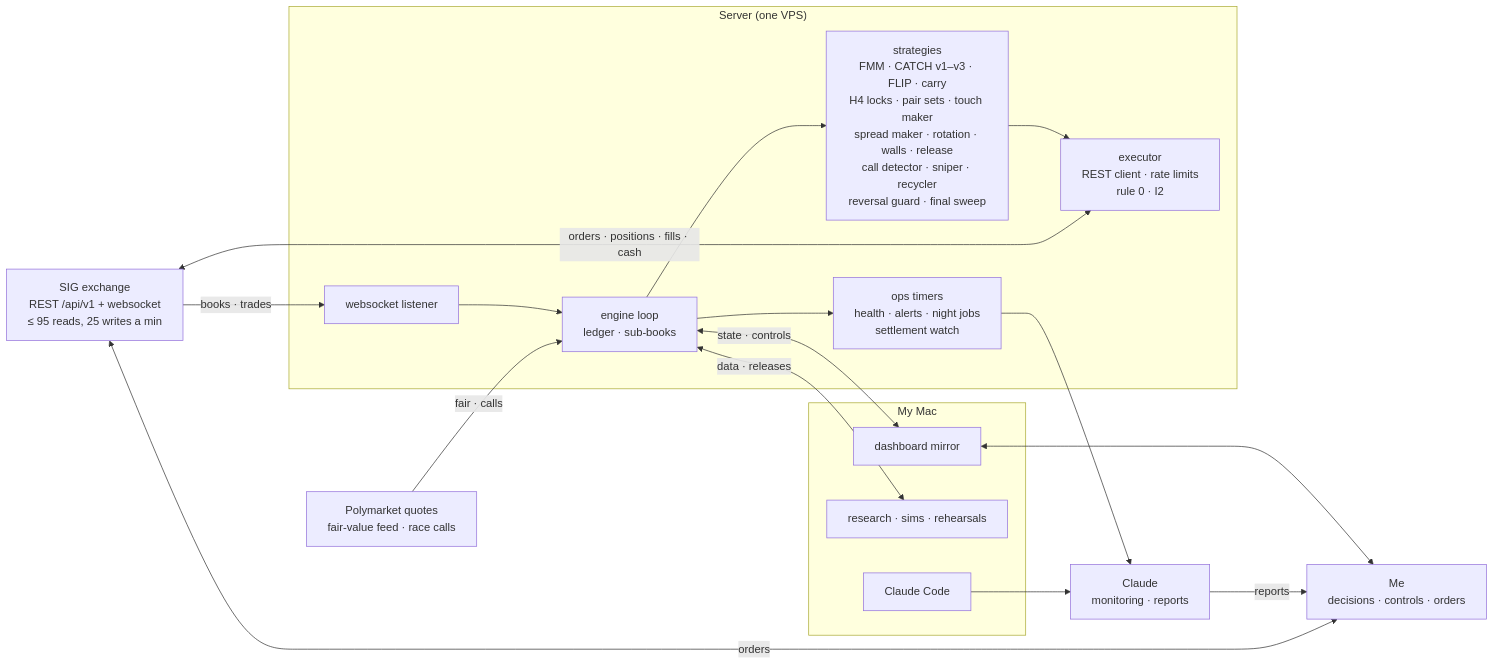
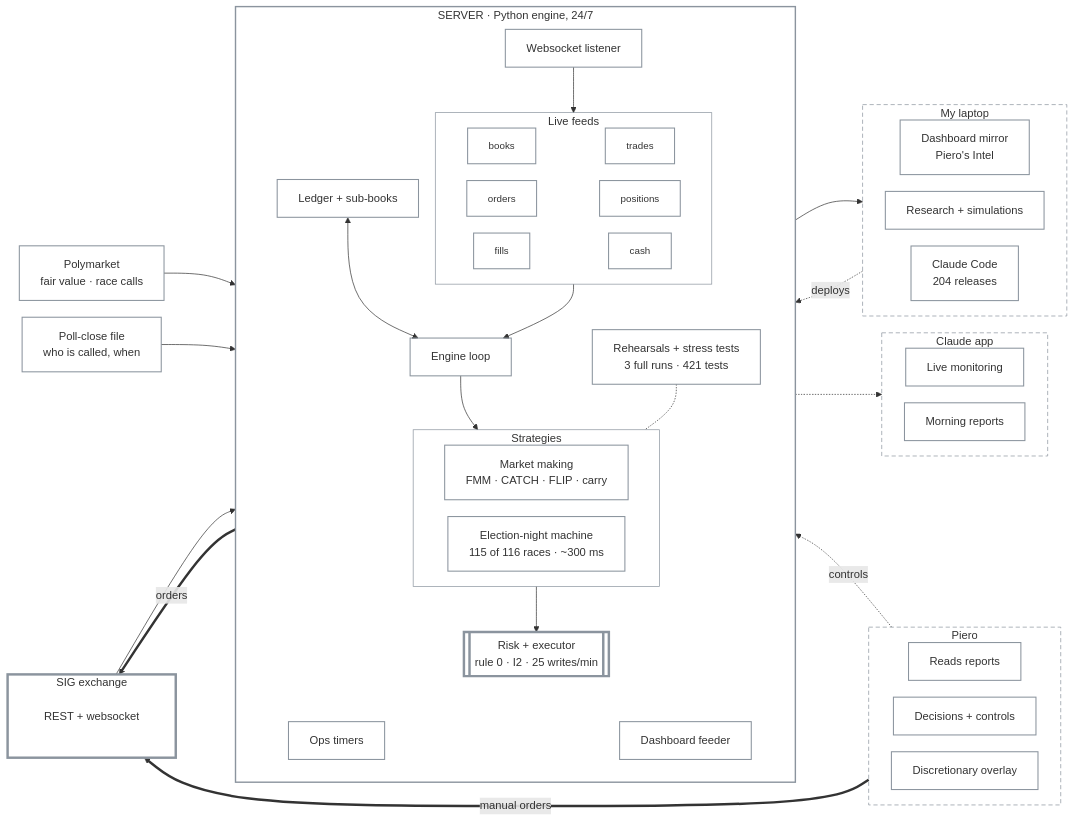
One commit to pieropls/PredictionsCup26 changed the diagram in README.md. Above: the diagram before and after it, drawn with Mermaid. The commit also changed other lines of this file, not shown here.

Commit message:
README: system diagram v2
The system diagram, redrawn: data on the left, one server in the centre (feeds, engine loop, ledger, strategies, risk and executor, ops), the three oversight groups stacked on the right; strokes only for light and dark themes. A one-line summary under it and five collapsible tables explaining every box.

````diff
--- a/README.md
+++ b/README.md
@@ -43,31 +45,79 @@
 ```mermaid
+%%{init: {"look": "classic", "flowchart": {"curve": "basis", "nodeSpacing": 24, "rankSpacing": 40, "wrappingWidth": 320}, "themeVariables": {"fontSize": "16px"}}}%%
 flowchart LR
-    SIG["SIG exchange<br/>REST /api/v1 + websocket<br/>≤ 95 reads, 25 writes a min"]
-    PM["Polymarket quotes<br/>fair-value feed · race calls"]
-    subgraph SRV["Server (one VPS)"]
-        LIS["websocket listener"]
-        ENG["engine loop<br/>ledger · sub-books"]
-        STR["strategies<br/>FMM · CATCH v1–v3 · FLIP · carry<br/>H4 locks · pair sets · touch maker<br/>spread maker · rotation · walls · release<br/>call detector · sniper · recycler<br/>reversal guard · final sweep"]
-        EXE["executor<br/>REST client · rate limits<br/>rule 0 · I2"]
-        OPS["ops timers<br/>health · alerts · night jobs<br/>settlement watch"]
+  PM["Polymarket<br/>fair value · race calls"]
+  POLL["Poll-close file<br/>who is called, when"]
+  subgraph SERVER["SERVER · Python engine, 24/7"]
+    direction TB
+    WS["Websocket listener"]
+    subgraph FEEDS["Live feeds"]
+      direction LR
+      F1[books] ~~~ F2[trades]
+      F3[orders] ~~~ F4[positions]
+      F5[fills] ~~~ F6[cash]
     end
-    subgraph MAC["My Mac"]
-        MIR["dashboard mirror"]
-        RES["research · sims · rehearsals"]
-        CC["Claude Code"]
+    LEDGER["Ledger + sub-books"]
+    LOOP["Engine loop"]
+    REH["Rehearsals + stress tests<br/>3 full runs · 421 tests"]
+    subgraph STRAT["Strategies"]
+      direction LR
+      MM["Market making<br/>FMM · CATCH · FLIP · carry"]
+      NIGHT["Election-night machine<br/>115 of 116 races · ~300 ms"]
     end
-    CL["Claude<br/>monitoring · reports"]
-    ME["Me<br/>decisions · controls · orders"]
-    SIG -->|"books · trades"| LIS --> ENG
-    PM -->|"fair · calls"| ENG
-    ENG --> STR --> EXE
-    SIG <-->|"orders · positions · fills · cash"| EXE
-    ENG --> OPS
-    ENG <-->|"state · controls"| MIR
-    ENG <-->|"data · releases"| RES
-    OPS --> CL
-    CC --> CL
-    MIR <--> ME
-    CL -->|reports| ME
-    SIG <-->|orders| ME
+    EXEC[["Risk + executor<br/>rule 0 · I2 · 25 writes/min"]]
+    OPS["Ops timers"]
+    DASHF["Dashboard feeder"]
+    WS --> FEEDS --> LOOP
+    LEDGER <--> LOOP
+    LOOP --> STRAT
+    REH -.- STRAT
+    STRAT --> EXEC
+    EXEC ~~~ OPS
+    EXEC ~~~ DASHF
+  end
+  subgraph LAPTOP["My laptop"]
+    direction LR
+    MIRROR["Dashboard mirror<br/>Piero's Intel"]
+    RES["Research + simulations"]
+    CC["Claude Code<br/>204 releases"]
+  end
+  subgraph CLAUDE["Claude app"]
+    direction LR
+    MON["Live monitoring"]
+    MORN["Morning reports"]
+  end
+  subgraph PIERO["Piero"]
+    direction LR
+    READ["Reads reports"]
+    DEC["Decisions + controls"]
+    OVER["Discretionary overlay"]
+  end
+  PM --> SERVER
+  POLL --> SERVER
+  SERVER ==>|orders| SIGG
+  SIGG --> SERVER
+  SERVER --> LAPTOP
+  LAPTOP -.->|deploys| SERVER
+  SERVER -.-> CLAUDE
+  SERVER ~~~ PIERO
+  PIERO -.->|controls| SERVER
+  PIERO ==>|manual orders| SIGG
+  %% declared last: the layout's cycle-breaking starts here, which keeps SIG on the left
+  subgraph SIGG["SIG exchange"]
+    SIGT["REST + websocket"]
+  end
+  classDef default fill:none,stroke:#8b949e,stroke-width:1.5px
+  classDef key fill:none,stroke-width:3.5px
+  classDef feed font-size:14px
+  classDef bare fill:none,stroke:none
+  class EXEC key
+  class F1,F2,F3,F4,F5,F6 feed
+  class SIGT bare
+  style SIGG fill:none,stroke:#8b949e,stroke-width:3.5px
+  style SERVER fill:none,stroke:#8b949e,stroke-width:2px
+  style FEEDS fill:none,stroke:#8b949e
+  style STRAT fill:none,stroke:#8b949e
+  style LAPTOP fill:none,stroke:#8b949e,stroke-dasharray:6 4
+  style CLAUDE fill:none,stroke:#8b949e,stroke-dasharray:6 4
+  style PIERO fill:none,stroke:#8b949e,stroke-dasharray:6 4
 ```
````
